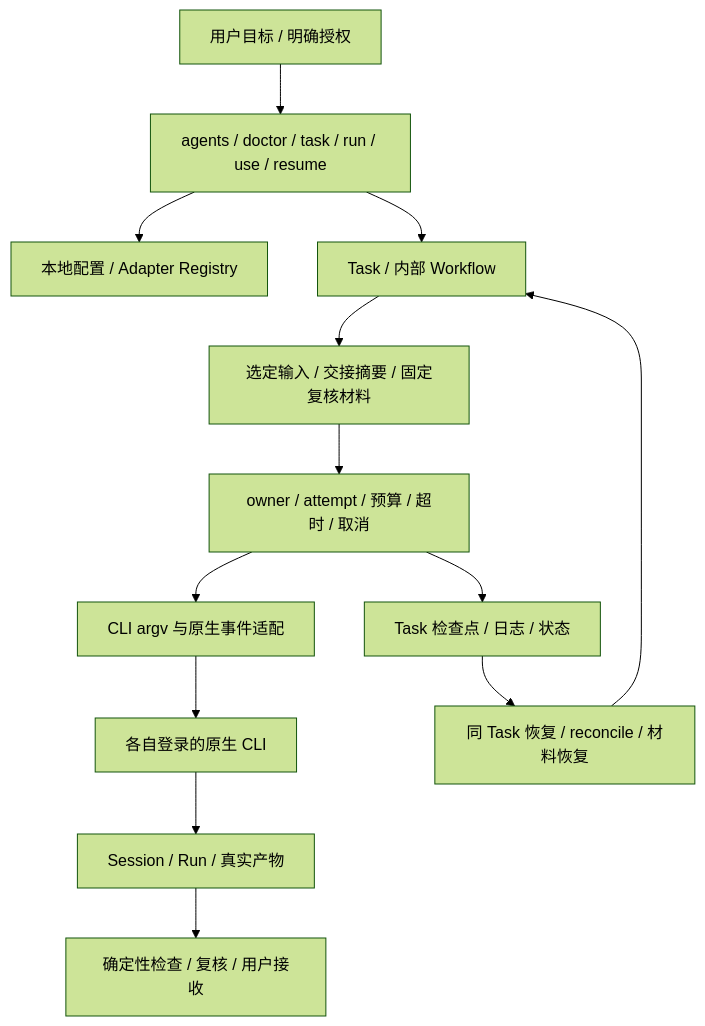
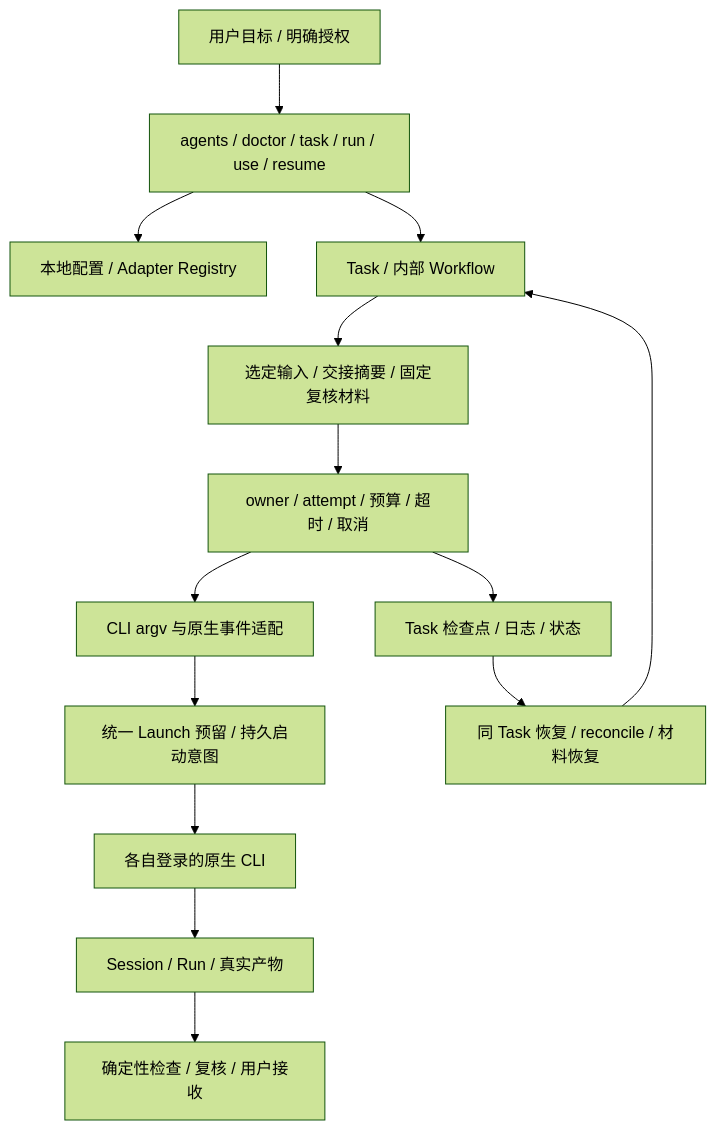
The diagram in docs/product-realignment/ARCHITECTURE.md (Garden12138/xcli), drawn with Mermaid (forest theme) before and after one commit. The commit also changed other lines of this file and 79 other files, not shown here.

Commit message:
feat(runtime): add R4.1 launch ledger and execution budgets

````diff
--- a/docs/product-realignment/ARCHITECTURE.md
+++ b/docs/product-realignment/ARCHITECTURE.md
@@ -5,15 +5,16 @@
 ```mermaid
 flowchart TB
     User[用户目标 / 明确授权] --> Commands[agents / doctor / task / run / use / resume]
     Commands --> Config[本地配置 / Adapter Registry]
     Commands --> Planner[Task / 内部 Workflow]
     Planner --> Materials[选定输入 / 交接摘要 / 固定复核材料]
     Materials --> Supervisor[owner / attempt / 预算 / 超时 / 取消]
     Supervisor --> Adapter[CLI argv 与原生事件适配]
-    Adapter --> Native[各自登录的原生 CLI]
+    Adapter --> Ledger[统一 Launch 预留 / 持久启动意图]
+    Ledger --> Native[各自登录的原生 CLI]
     Native --> Result[Session / Run / 真实产物]
     Result --> Checks[确定性检查 / 复核 / 用户接收]
     Supervisor --> Journal[Task 检查点 / 日志 / 状态]
     Journal --> Resume[同 Task 恢复 / reconcile / 材料恢复]
     Resume --> Planner
 ```
````
